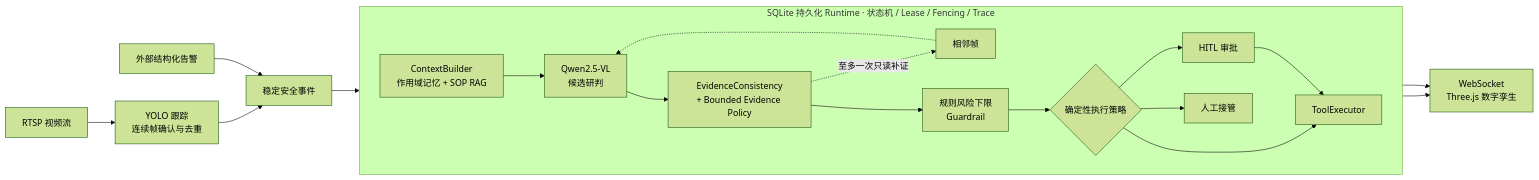
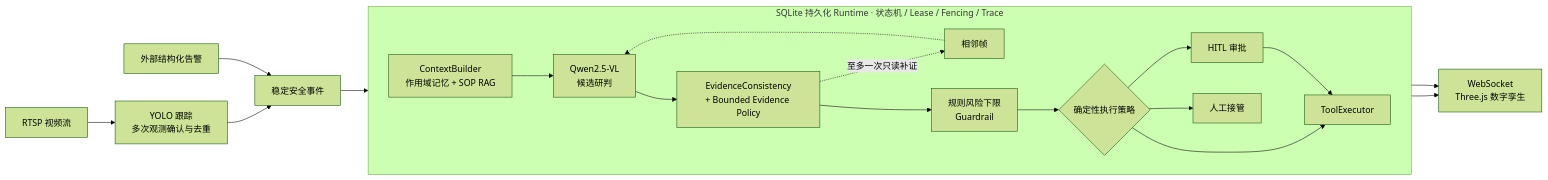
One commit to 33good/industrial-safety-agent-runtime changed the diagram in README.md. Above: the diagram before and after it, drawn with Mermaid (forest theme). The commit also changed other lines of this file, not shown here.

````diff
--- a/README.md
+++ b/README.md
@@ -24,24 +25,24 @@
 ```mermaid
 flowchart LR
-    A["RTSP 视频流"] --> B["YOLO 跟踪<br/>连续帧确认与去重"]
+    A["RTSP 视频流"] --> B["YOLO 跟踪<br/>多次观测确认与去重"]
     X["外部结构化告警"] --> C["稳定安全事件"]
     B --> C
 
     subgraph R["SQLite 持久化 Runtime · 状态机 / Lease / Fencing / Trace"]
         direction LR
         D["ContextBuilder<br/>作用域记忆 + SOP RAG"] --> E["Qwen2.5-VL<br/>候选研判"]
         E --> F["EvidenceConsistency<br/>+ Bounded Evidence Policy"]
         F -.->|至多一次只读补证| N["相邻帧"]
         N -.-> E
         F --> G["规则风险下限<br/>Guardrail"]
         G --> H{"确定性执行策略"}
         H --> I["HITL 审批"]
         H --> J["ToolExecutor"]
         H --> K["人工接管"]
         I --> J
     end
 
     C --> D
     J --> M["WebSocket<br/>Three.js 数字孪生"]
     K --> M
 ```
````
